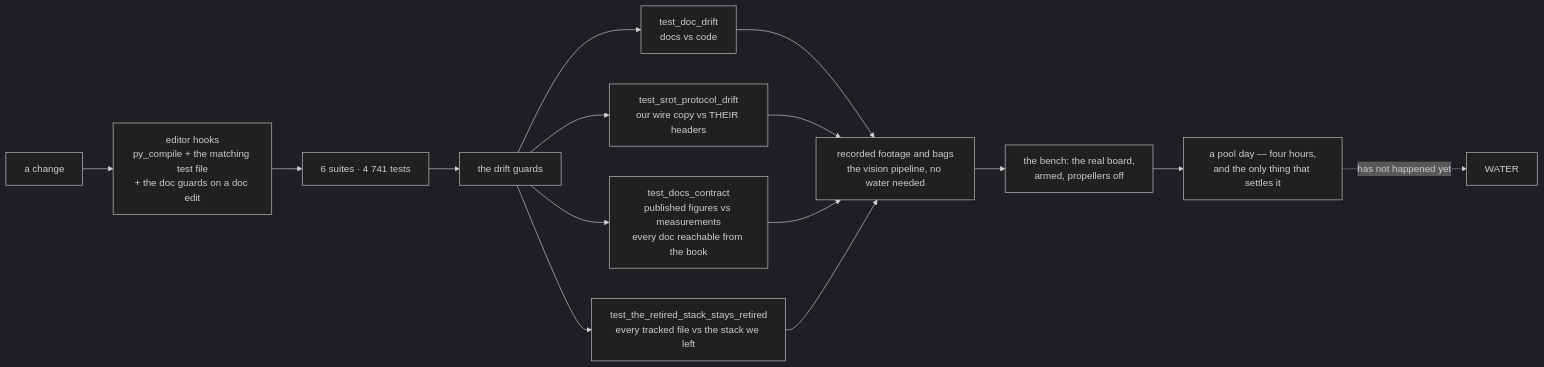
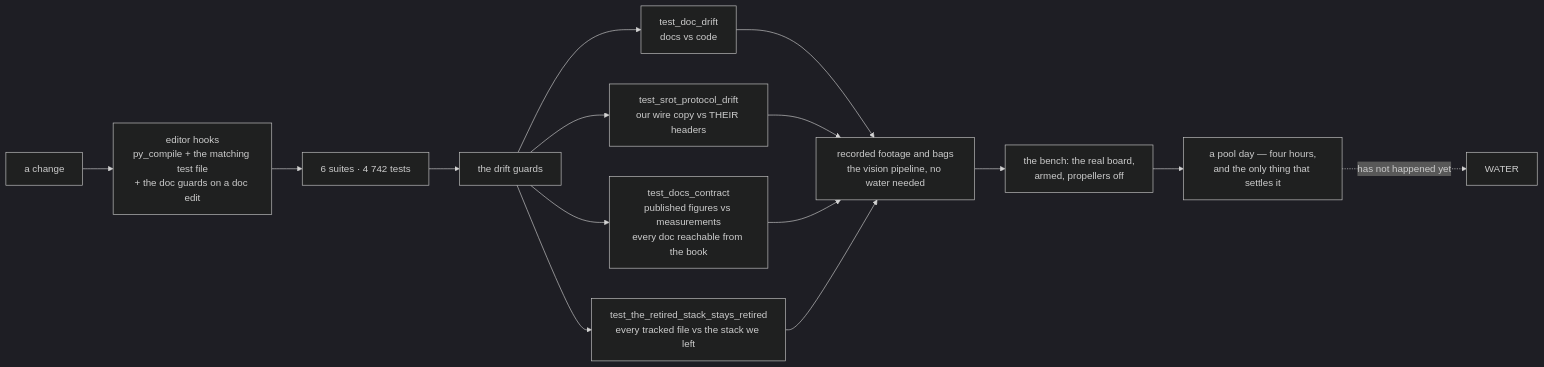
One commit to fh1m/mongla_ws changed the ninth of 10 diagrams in README.md. Above: the diagram before and after it, drawn with Mermaid (dark theme). The commit also changed other lines of this file and 2 other files, not shown here.

````diff
--- a/README.md
+++ b/README.md
@@ -817,17 +817,17 @@
 ```mermaid
 flowchart LR
     DEV["a change"] --> HOOK["editor hooks<br/>py_compile + the matching test file<br/>+ the doc guards on a doc edit"]
-    HOOK --> UNIT["6 suites · 4 741 tests"]
+    HOOK --> UNIT["6 suites · 4 742 tests"]
     UNIT --> GUARD["the drift guards"]
     GUARD --> G1["test_doc_drift<br/>docs vs code"]
     GUARD --> G2["test_srot_protocol_drift<br/>our wire copy vs THEIR headers"]
     GUARD --> G3["test_docs_contract<br/>published figures vs measurements<br/>every doc reachable from the book"]
     GUARD --> G4["test_the_retired_stack_stays_retired<br/>every tracked file vs the stack we left"]
     G1 --> REPLAY["recorded footage and bags<br/>the vision pipeline, no water needed"]
     G2 --> REPLAY
     G3 --> REPLAY
     G4 --> REPLAY
     REPLAY --> BENCH["the bench: the real board,<br/>armed, propellers off"]
     BENCH --> POOL["a pool day — four hours,<br/>and the only thing that settles it"]
     POOL -.->|"has not happened yet"| WATER["WATER"]
 ```
````
